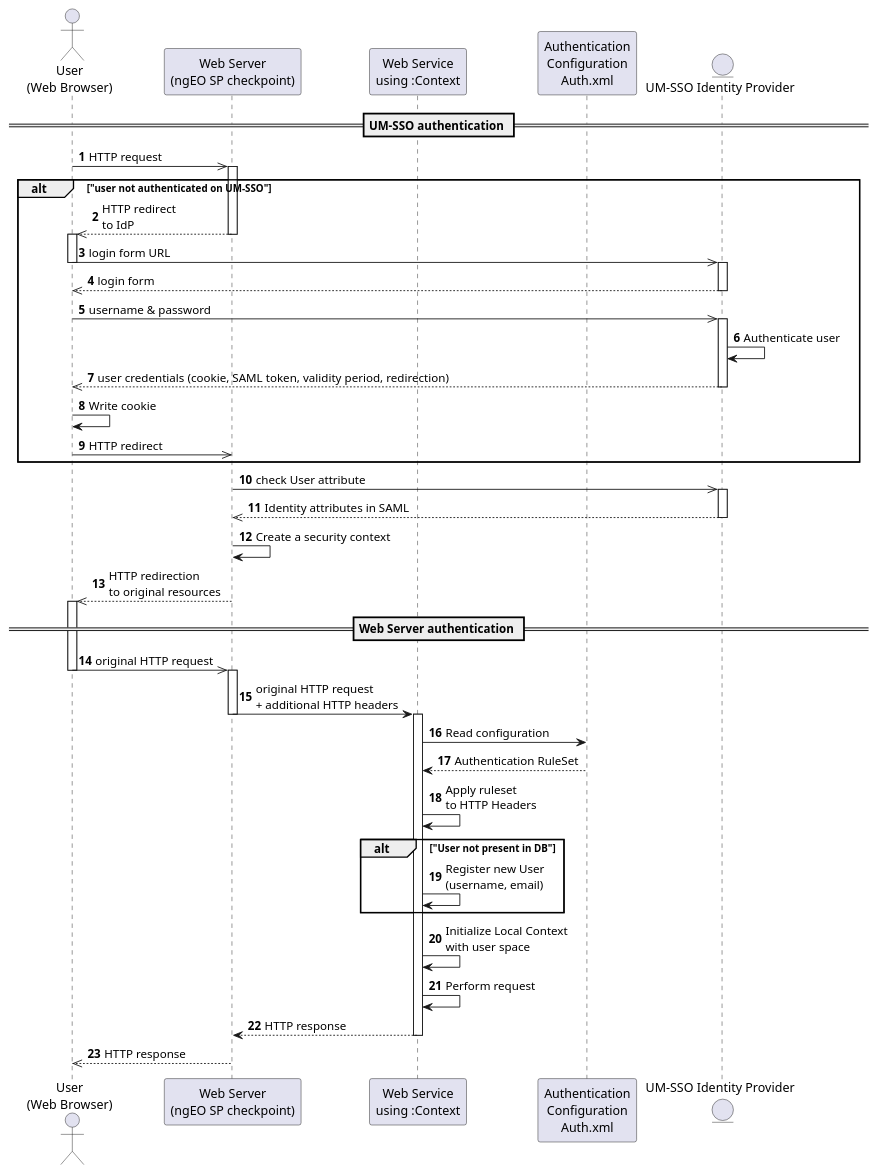
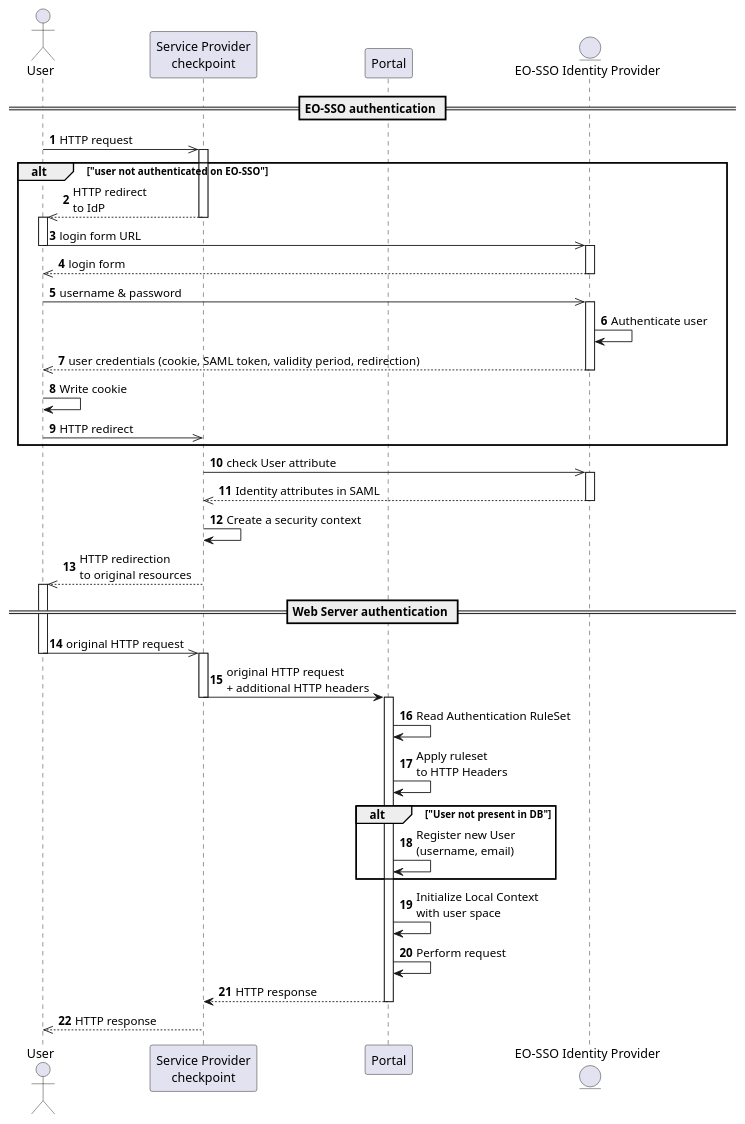
Before and after one commit to urban-tep/DDF-SDD: the second of 2 diagrams in source/groups/group___auth___umsso.rst, drawn with PlantUML. The commit also changed other lines of this file and 7 other files, not shown here.

```diff
--- a/source/groups/group___auth___umsso.rst
+++ b/source/groups/group___auth___umsso.rst
@@ -59,76 +59,74 @@
 .. uml::
-	:caption: UM-SSO protected HTTP request sequence diagram
+	:caption: EO-SSO protected HTTP request sequence diagram
 	:align: center
 
 
-	actor "User\n(Web Browser)" as U
-	participant "Web Server\n(ngEO SP checkpoint)" as W
-	participant "Web Service\nusing :Context" as C
-	participant "Authentication\nConfiguration\nAuth.xml" as A
-	entity "UM-SSO Identity Provider" as I
+	actor "User" as U
+	participant "Service Provider\ncheckpoint" as W
+	participant "Portal" as C
+	entity "EO-SSO Identity Provider" as I
 	
 	autonumber
 	
-	== UM-SSO authentication ==
+	== EO-SSO authentication ==
 	
 	U ->> W: HTTP request
 	activate W
 	
-	alt "user not authenticated on UM-SSO"
+	alt "user not authenticated on EO-SSO"
 	
 	W -->> U: HTTP redirect\nto IdP
 	deactivate W
 	activate U
 	U ->> I: login form URL
 	deactivate U
 	activate I
 	I -->> U: login form
 	deactivate I
 	
 	U ->> I: username & password
 	activate I
 	I -> I:Authenticate user
 	I -->> U: user credentials (cookie, SAML token, validity period, redirection)
 	deactivate I
 	
 	U -> U: Write cookie
 	U ->> W: HTTP redirect
 	
 	end
 	
 	activate W
 	W ->> I: check User attribute
 	activate I
 	I -->> W: Identity attributes in SAML
 	deactivate I
 	W -> W: Create a security context
 	W -->> U: HTTP redirection\nto original resources
 	deactivate W
 	activate U
 	
 	== Web Server authentication ==
 	
 	U ->> W: original HTTP request
 	deactivate U
 	activate W
 	W -> C: original HTTP request\n+ additional HTTP headers
 	deactivate W
 	
 	activate C
 	
-	C -> A: Read configuration
-	A --> C: Authentication RuleSet
+	C -> C: Read Authentication RuleSet
 	C -> C: Apply ruleset\nto HTTP Headers
 	
 	alt "User not present in DB"
 	
 	C -> C: Register new User\n(username, email)
 	
 	end
 	
 	C -> C: Initialize Local Context\nwith user space
 	C -> C: Perform request 
 	
 	C --> W: HTTP response
 	deactivate C
 	W -->> U: HTTP response
```
